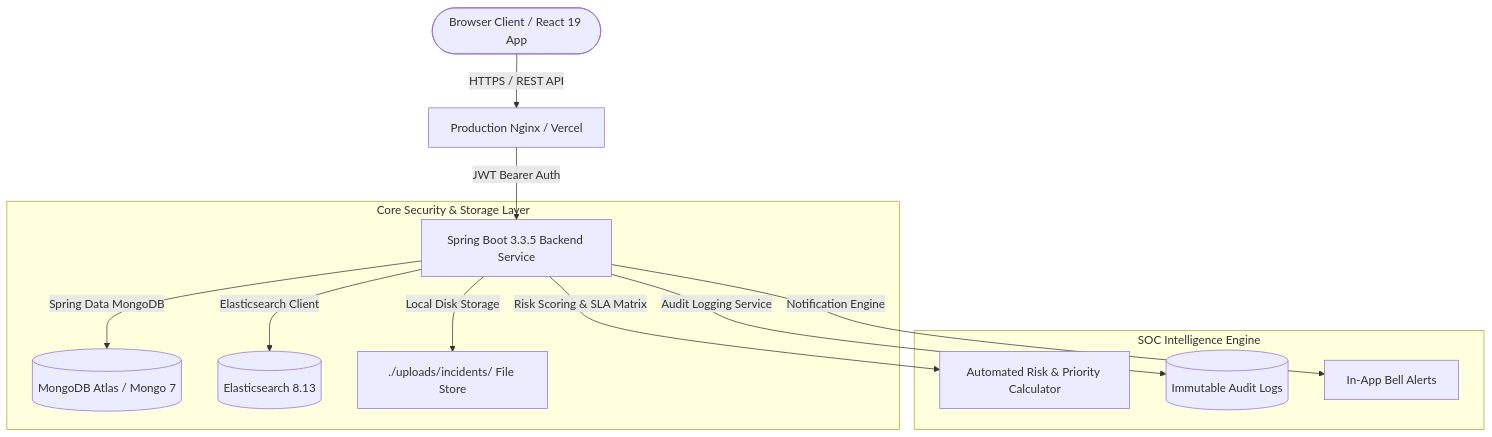
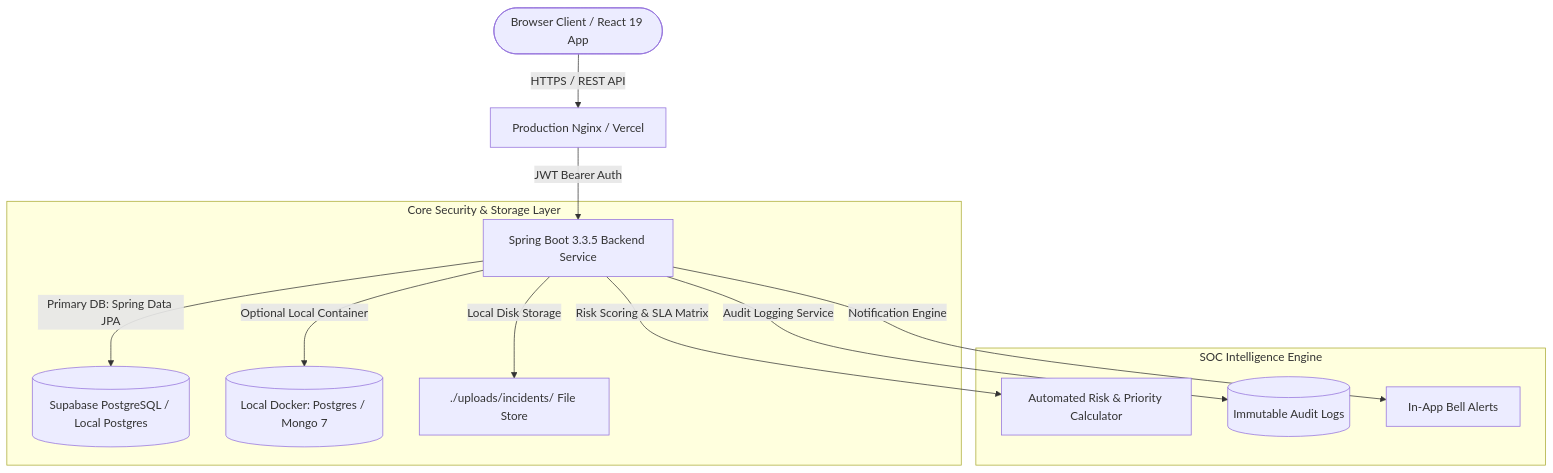
Before and after one commit to Pranav-0440/threat-incident-management: the diagram in README.md, drawn with Mermaid. The commit also changed other lines of this file and 6 other files, not shown here.

````diff
--- a/README.md
+++ b/README.md
@@ -25,17 +25,17 @@
 ```mermaid
 graph TD
     User([Browser Client / React 19 App]) -->|HTTPS / REST API| Nginx[Production Nginx / Vercel]
     Nginx -->|JWT Bearer Auth| SpringBoot[Spring Boot 3.3.5 Backend Service]
     
     subgraph Core Security & Storage Layer
-        SpringBoot -->|Spring Data MongoDB| MongoDB[(MongoDB Atlas / Mongo 7)]
-        SpringBoot -->|Elasticsearch Client| Elastic[(Elasticsearch 8.13)]
+        SpringBoot -->|Primary DB: Spring Data JPA| Supabase[(Supabase PostgreSQL / Local Postgres)]
+        SpringBoot -->|Optional Local Container| DockerDB[(Local Docker: Postgres / Mongo 7)]
         SpringBoot -->|Local Disk Storage| UploadsDir[./uploads/incidents/ File Store]
     end
 
     subgraph SOC Intelligence Engine
         SpringBoot -->|Risk Scoring & SLA Matrix| RiskEngine[Automated Risk & Priority Calculator]
         SpringBoot -->|Audit Logging Service| AuditLogs[(Immutable Audit Logs)]
         SpringBoot -->|Notification Engine| Notifications[In-App Bell Alerts]
     end
 ```
````
